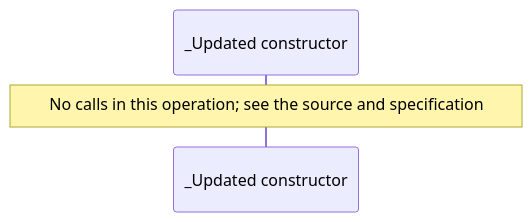
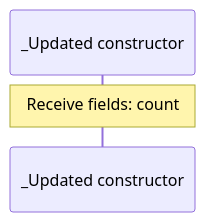
One commit to GreenPandaStudios/augscript changed the sixth of 12 diagrams in docs/examples/approved-design/counters-diagrams.md. Above: the diagram before and after it, drawn with Mermaid. The commit also changed other lines of this file and 289 other files, not shown here.

Commit message:
Correct diagram control flow and complete generated wiki navigation

````diff
--- a/docs/examples/approved-design/counters-diagrams.md
+++ b/docs/examples/approved-design/counters-diagrams.md
@@ -100,6 +100,6 @@
 ```mermaid
 sequenceDiagram
     participant p0 as _Updated constructor
 
-    Note over p0: No calls in this operation#59; see the source and specification
+    Note over p0: Receive fields: count
 ```
````
